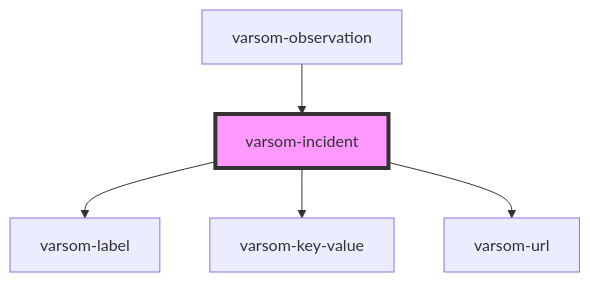
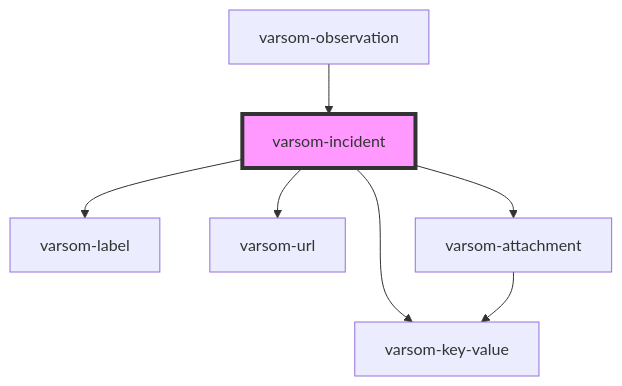
Before and after one commit to NVE/varsom-observation: the diagram in observasjonskort/src/components/varsom-incident/readme.md, drawn with Mermaid. The commit also changed other lines of this file and 17 other files, not shown here.

````diff
--- a/observasjonskort/src/components/varsom-incident/readme.md
+++ b/observasjonskort/src/components/varsom-incident/readme.md
@@ -60,8 +61,10 @@
 ```mermaid
 graph TD;
   varsom-incident --> varsom-label
   varsom-incident --> varsom-key-value
   varsom-incident --> varsom-url
+  varsom-incident --> varsom-attachment
+  varsom-attachment --> varsom-key-value
   varsom-observation --> varsom-incident
   style varsom-incident fill:#f9f,stroke:#333,stroke-width:4px
 ```
````
